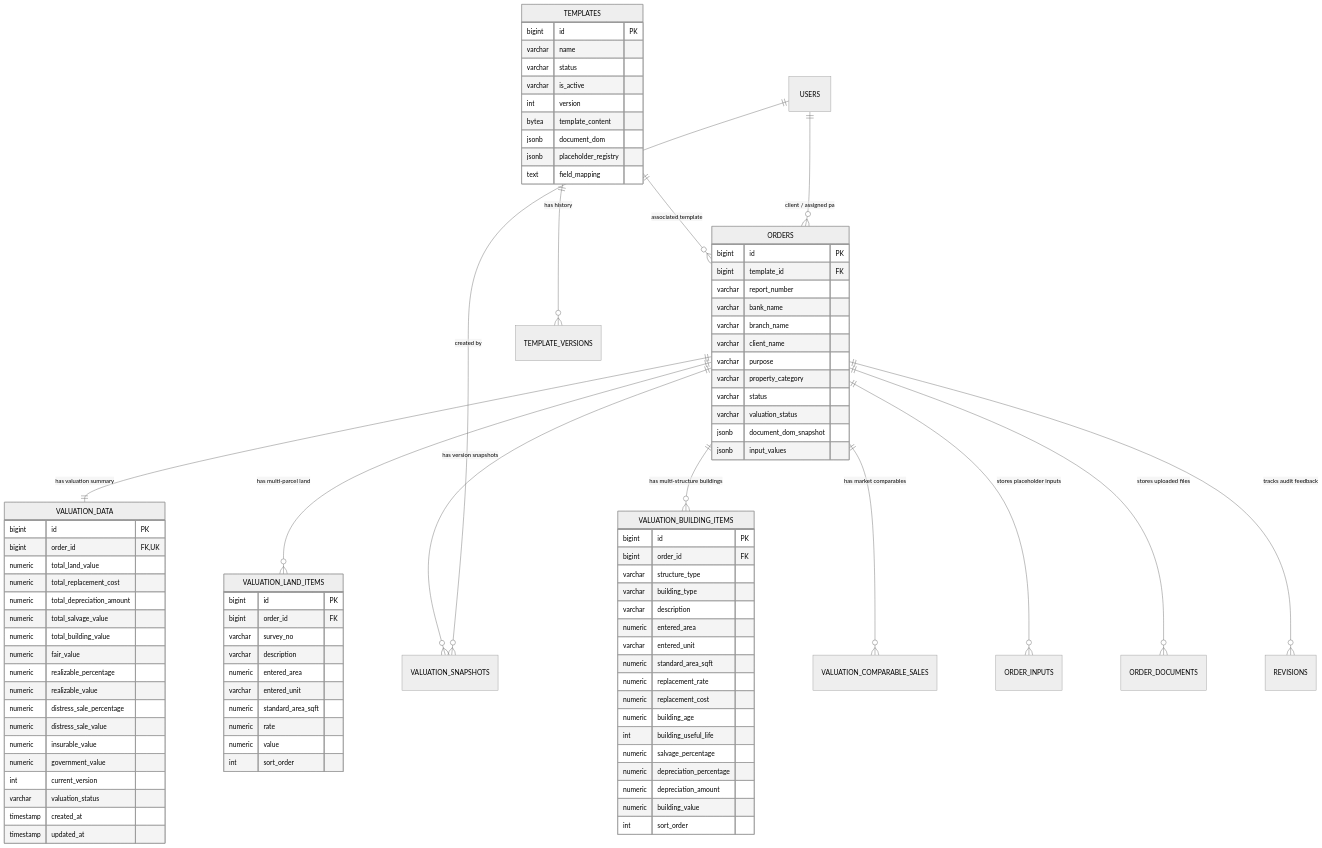
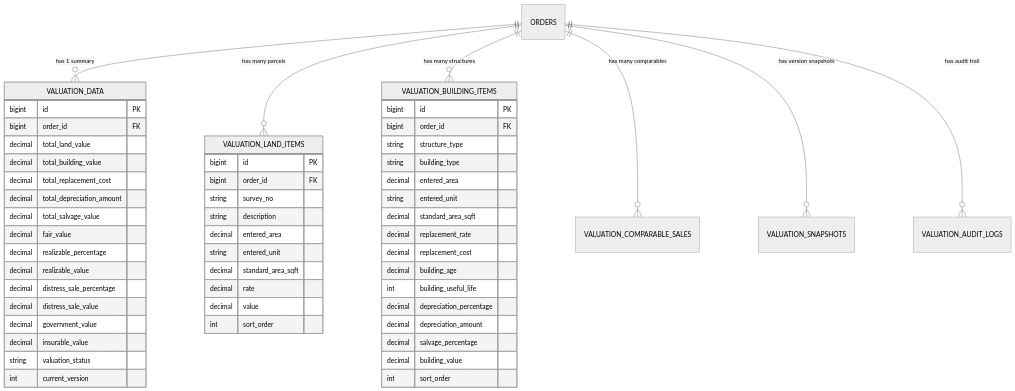
Before and after one commit to mnagamallikmail-ui/visadocs: the second of 4 diagrams in SYSTEM_ARCHITECTURE_HANDBOOK.md, drawn with Mermaid (neutral theme). The commit also changed other lines of this file, not shown here.

Commit message:
docs: add consolidated Valuation Platform v1.0 Production Handbook

````diff
--- a/SYSTEM_ARCHITECTURE_HANDBOOK.md
+++ b/SYSTEM_ARCHITECTURE_HANDBOOK.md
@@ -68,97 +126,60 @@
 ```mermaid
 erDiagram
-    USERS ||--o{ ORDERS : "client / assigned pa"
-    USERS ||--o{ VALUATION_SNAPSHOTS : "created by"
-    TEMPLATES ||--o{ TEMPLATE_VERSIONS : "has history"
-    TEMPLATES ||--o{ ORDERS : "associated template"
-    
-    ORDERS ||--|| VALUATION_DATA : "has valuation summary"
-    ORDERS ||--o{ VALUATION_LAND_ITEMS : "has multi-parcel land"
-    ORDERS ||--o{ VALUATION_BUILDING_ITEMS : "has multi-structure buildings"
-    ORDERS ||--o{ VALUATION_COMPARABLE_SALES : "has market comparables"
+    ORDERS ||--o{ VALUATION_DATA : "has 1 summary"
+    ORDERS ||--o{ VALUATION_LAND_ITEMS : "has many parcels"
+    ORDERS ||--o{ VALUATION_BUILDING_ITEMS : "has many structures"
+    ORDERS ||--o{ VALUATION_COMPARABLE_SALES : "has many comparables"
     ORDERS ||--o{ VALUATION_SNAPSHOTS : "has version snapshots"
-    ORDERS ||--o{ ORDER_INPUTS : "stores placeholder inputs"
-    ORDERS ||--o{ ORDER_DOCUMENTS : "stores uploaded files"
-    ORDERS ||--o{ REVISIONS : "tracks audit feedback"
+    ORDERS ||--o{ VALUATION_AUDIT_LOGS : "has audit trail"
 
     VALUATION_DATA {
         bigint id PK
-        bigint order_id FK,UK
-        numeric total_land_value
-        numeric total_replacement_cost
-        numeric total_depreciation_amount
-        numeric total_salvage_value
-        numeric total_building_value
-        numeric fair_value
-        numeric realizable_percentage
-        numeric realizable_value
-        numeric distress_sale_percentage
-        numeric distress_sale_value
-        numeric insurable_value
-        numeric government_value
+        bigint order_id FK
+        decimal total_land_value
+        decimal total_building_value
+        decimal total_replacement_cost
+        decimal total_depreciation_amount
+        decimal total_salvage_value
+        decimal fair_value
+        decimal realizable_percentage
+        decimal realizable_value
+        decimal distress_sale_percentage
+        decimal distress_sale_value
+        decimal government_value
+        decimal insurable_value
+        string valuation_status
         int current_version
-        varchar valuation_status
-        timestamp created_at
-        timestamp updated_at
     }
 
     VALUATION_LAND_ITEMS {
         bigint id PK
         bigint order_id FK
-        varchar survey_no
-        varchar description
-        numeric entered_area
-        varchar entered_unit
-        numeric standard_area_sqft
-        numeric rate
-        numeric value
+        string survey_no
+        string description
+        decimal entered_area
+        string entered_unit
+        decimal standard_area_sqft
+        decimal rate
+        decimal value
         int sort_order
     }
 
     VALUATION_BUILDING_ITEMS {
         bigint id PK
         bigint order_id FK
-        varchar structure_type
-        varchar building_type
-        varchar description
-        numeric entered_area
-        varchar entered_unit
-        numeric standard_area_sqft
-        numeric replacement_rate
-        numeric replacement_cost
-        numeric building_age
+        string structure_type
+        string building_type
+        decimal entered_area
+        string entered_unit
+        decimal standard_area_sqft
+        decimal replacement_rate
+        decimal replacement_cost
+        decimal building_age
         int building_useful_life
-        numeric salvage_percentage
-        numeric depreciation_percentage
-        numeric depreciation_amount
-        numeric building_value
+        decimal depreciation_percentage
+        decimal depreciation_amount
+        decimal salvage_percentage
+        decimal building_value
         int sort_order
     }
-
-    ORDERS {
-        bigint id PK
-        bigint template_id FK
-        varchar report_number
-        varchar bank_name
-        varchar branch_name
-        varchar client_name
-        varchar purpose
-        varchar property_category
-        varchar status
-        varchar valuation_status
-        jsonb document_dom_snapshot
-        jsonb input_values
-    }
-
-    TEMPLATES {
-        bigint id PK
-        varchar name
-        varchar status
-        varchar is_active
-        int version
-        bytea template_content
-        jsonb document_dom
-        jsonb placeholder_registry
-        text field_mapping
-    }
 ```
````
